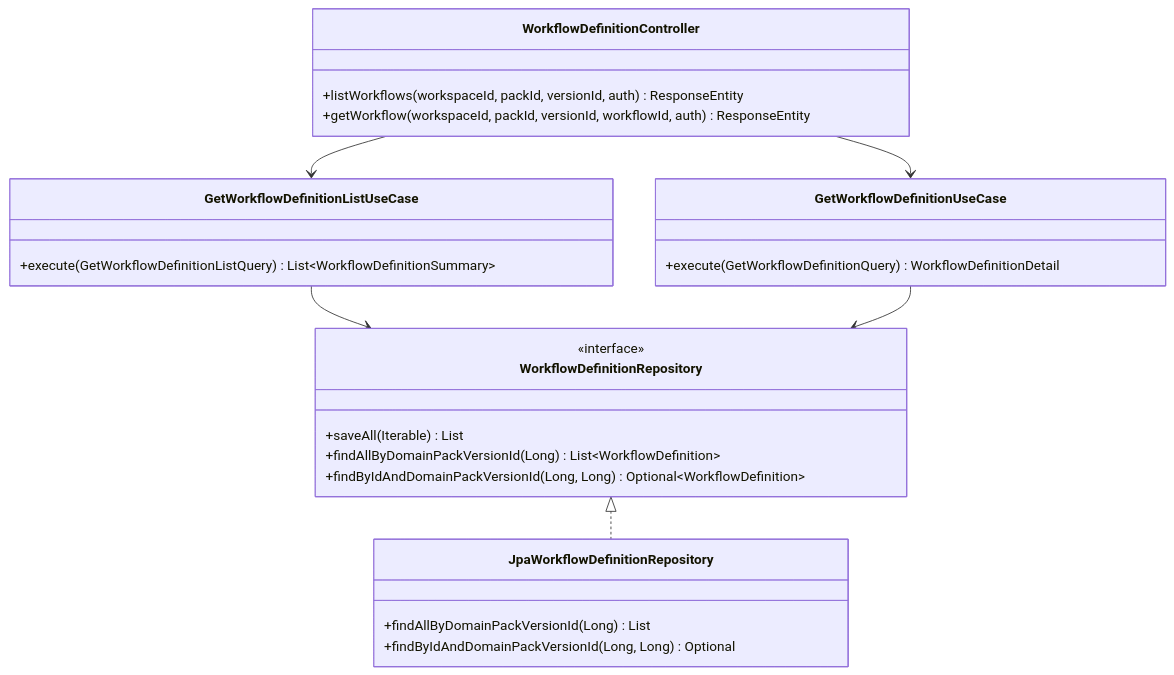
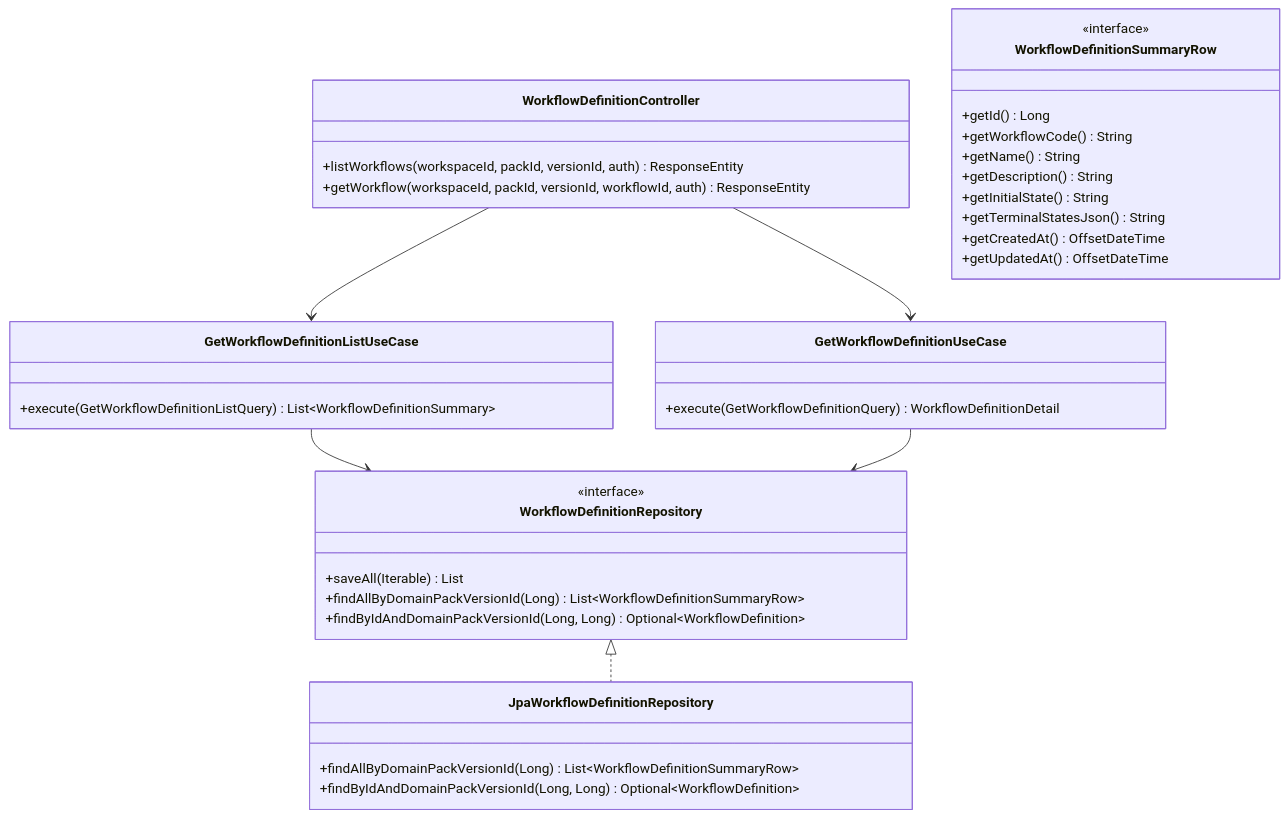
One commit to ajou-2026-1-capstone-5/ostone changed the second of 2 diagrams in .agent/specs/226.md. Above: the diagram before and after it, drawn with Mermaid. The commit also changed other lines of this file and 4 other files, not shown here.

First line of the commit message:
refactor(domainpack): use projection for workflow list query to exclude graphJson

````diff
--- a/.agent/specs/226.md
+++ b/.agent/specs/226.md
@@ -276,33 +276,45 @@
 ```mermaid
 classDiagram
     class WorkflowDefinitionController {
         +listWorkflows(workspaceId, packId, versionId, auth) ResponseEntity
         +getWorkflow(workspaceId, packId, versionId, workflowId, auth) ResponseEntity
     }
 
     class GetWorkflowDefinitionListUseCase {
         +execute(GetWorkflowDefinitionListQuery) List~WorkflowDefinitionSummary~
     }
 
     class GetWorkflowDefinitionUseCase {
         +execute(GetWorkflowDefinitionQuery) WorkflowDefinitionDetail
     }
 
+    class WorkflowDefinitionSummaryRow {
+        <<interface>>
+        +getId() Long
+        +getWorkflowCode() String
+        +getName() String
+        +getDescription() String
+        +getInitialState() String
+        +getTerminalStatesJson() String
+        +getCreatedAt() OffsetDateTime
+        +getUpdatedAt() OffsetDateTime
+    }
+
     class WorkflowDefinitionRepository {
         <<interface>>
         +saveAll(Iterable) List
-        +findAllByDomainPackVersionId(Long) List~WorkflowDefinition~
+        +findAllByDomainPackVersionId(Long) List~WorkflowDefinitionSummaryRow~
         +findByIdAndDomainPackVersionId(Long, Long) Optional~WorkflowDefinition~
     }
 
     class JpaWorkflowDefinitionRepository {
-        +findAllByDomainPackVersionId(Long) List
-        +findByIdAndDomainPackVersionId(Long, Long) Optional
+        +findAllByDomainPackVersionId(Long) List~WorkflowDefinitionSummaryRow~
+        +findByIdAndDomainPackVersionId(Long, Long) Optional~WorkflowDefinition~
     }
 
     WorkflowDefinitionController --> GetWorkflowDefinitionListUseCase
     WorkflowDefinitionController --> GetWorkflowDefinitionUseCase
     GetWorkflowDefinitionListUseCase --> WorkflowDefinitionRepository
     GetWorkflowDefinitionUseCase --> WorkflowDefinitionRepository
     WorkflowDefinitionRepository <|.. JpaWorkflowDefinitionRepository
 ```
````
